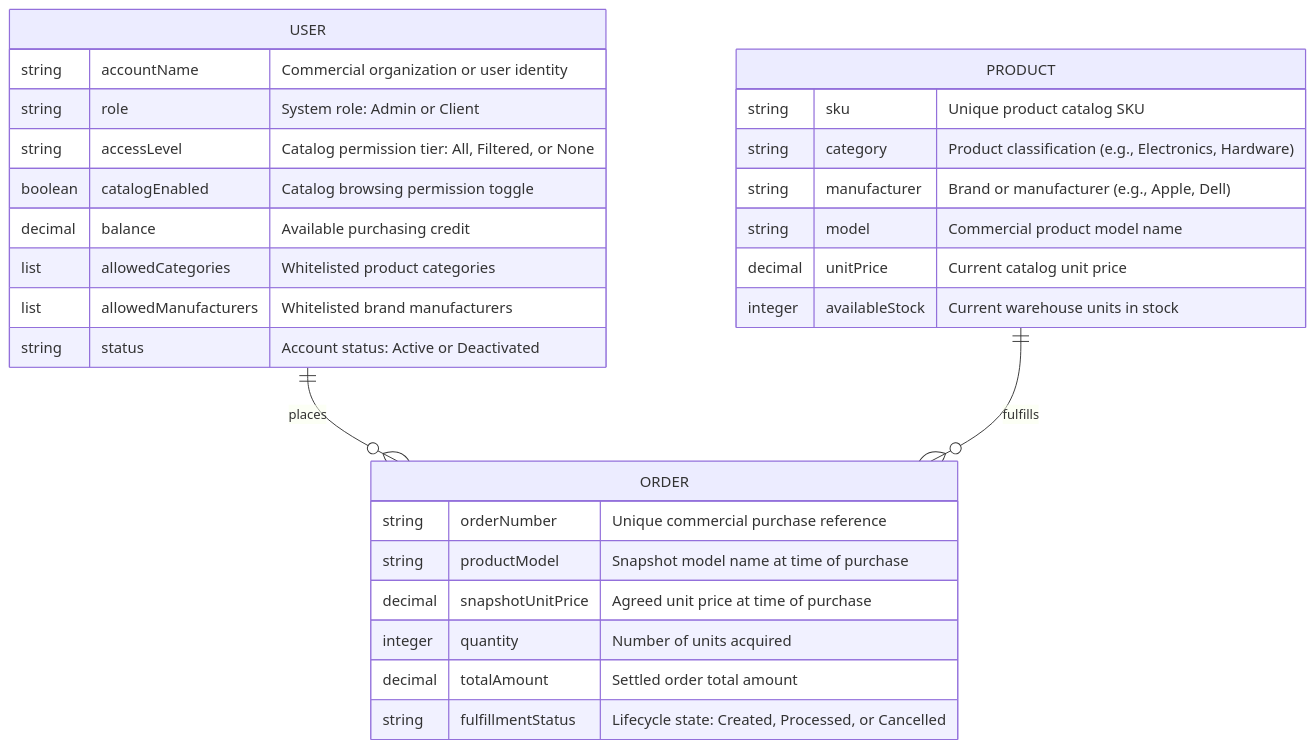
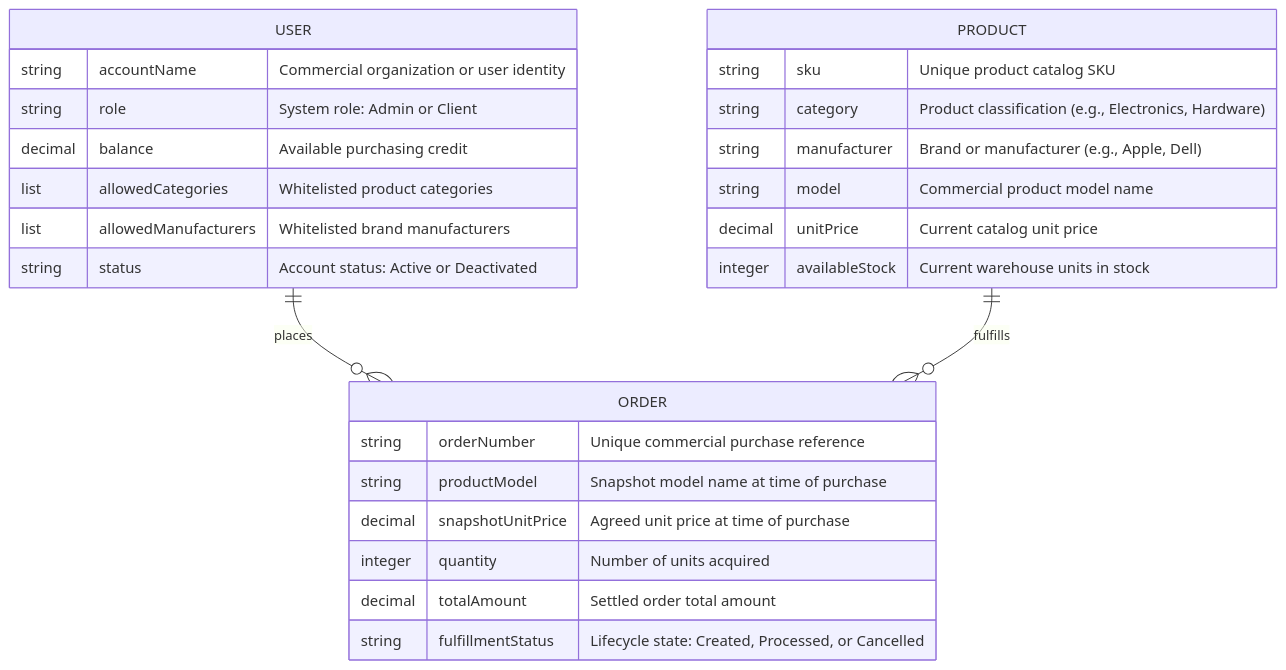
Before and after one commit to altregubov/warehouse-rest-test-app: the second of 4 diagrams in specs/CLIENT_SPEC.md, drawn with Mermaid. The commit also changed other lines of this file and 14 other files, not shown here.

First line of the commit message:
refactor: remove access_level and catalog_access_enabled in favor of default open catalog access

````diff
--- a/specs/CLIENT_SPEC.md
+++ b/specs/CLIENT_SPEC.md
@@ -93,34 +93,32 @@
 ```mermaid
 erDiagram
     USER ||--o{ ORDER : "places"
     PRODUCT ||--o{ ORDER : "fulfills"
 
     USER {
         string accountName "Commercial organization or user identity"
         string role "System role: Admin or Client"
-        string accessLevel "Catalog permission tier: All, Filtered, or None"
-        boolean catalogEnabled "Catalog browsing permission toggle"
         decimal balance "Available purchasing credit"
         list allowedCategories "Whitelisted product categories"
         list allowedManufacturers "Whitelisted brand manufacturers"
         string status "Account status: Active or Deactivated"
     }
 
     PRODUCT {
         string sku "Unique product catalog SKU"
         string category "Product classification (e.g., Electronics, Hardware)"
         string manufacturer "Brand or manufacturer (e.g., Apple, Dell)"
         string model "Commercial product model name"
         decimal unitPrice "Current catalog unit price"
         integer availableStock "Current warehouse units in stock"
     }
 
     ORDER {
         string orderNumber "Unique commercial purchase reference"
         string productModel "Snapshot model name at time of purchase"
         decimal snapshotUnitPrice "Agreed unit price at time of purchase"
         integer quantity "Number of units acquired"
         decimal totalAmount "Settled order total amount"
         string fulfillmentStatus "Lifecycle state: Created, Processed, or Cancelled"
     }
 ```
````
